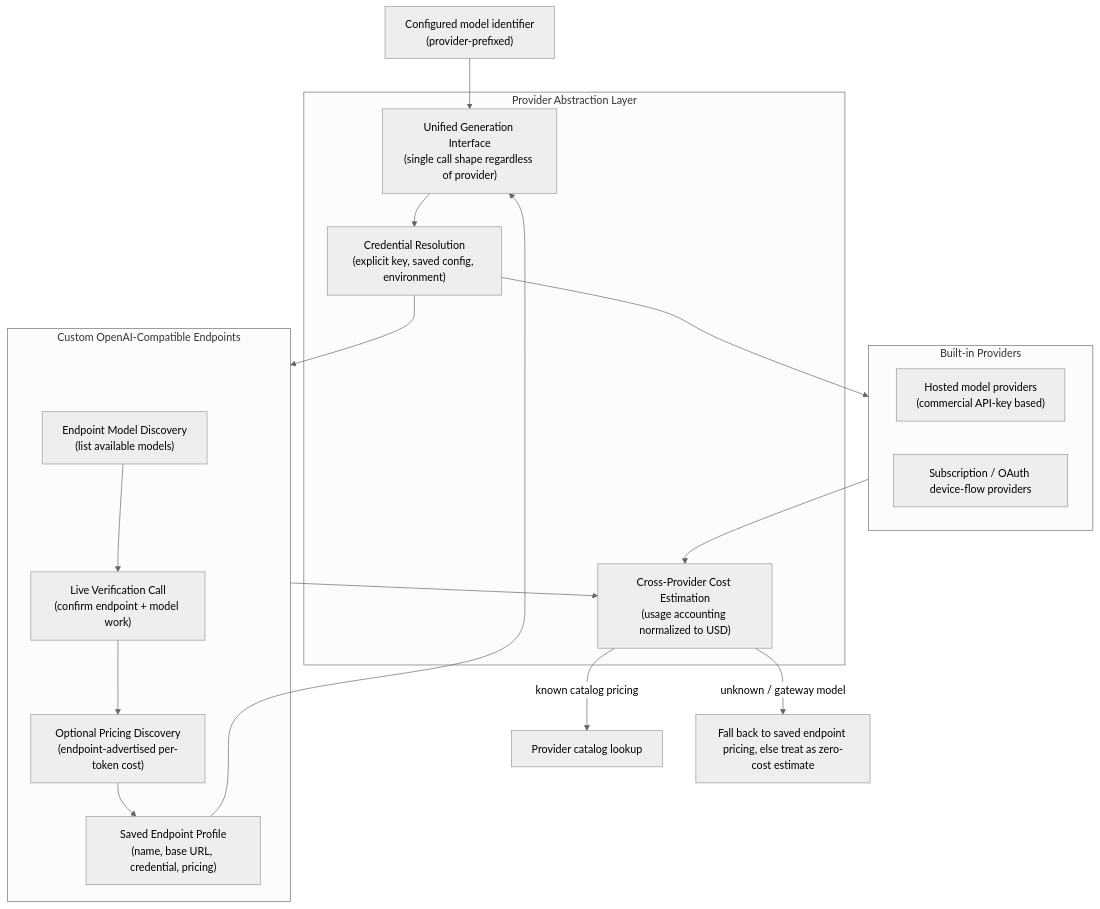
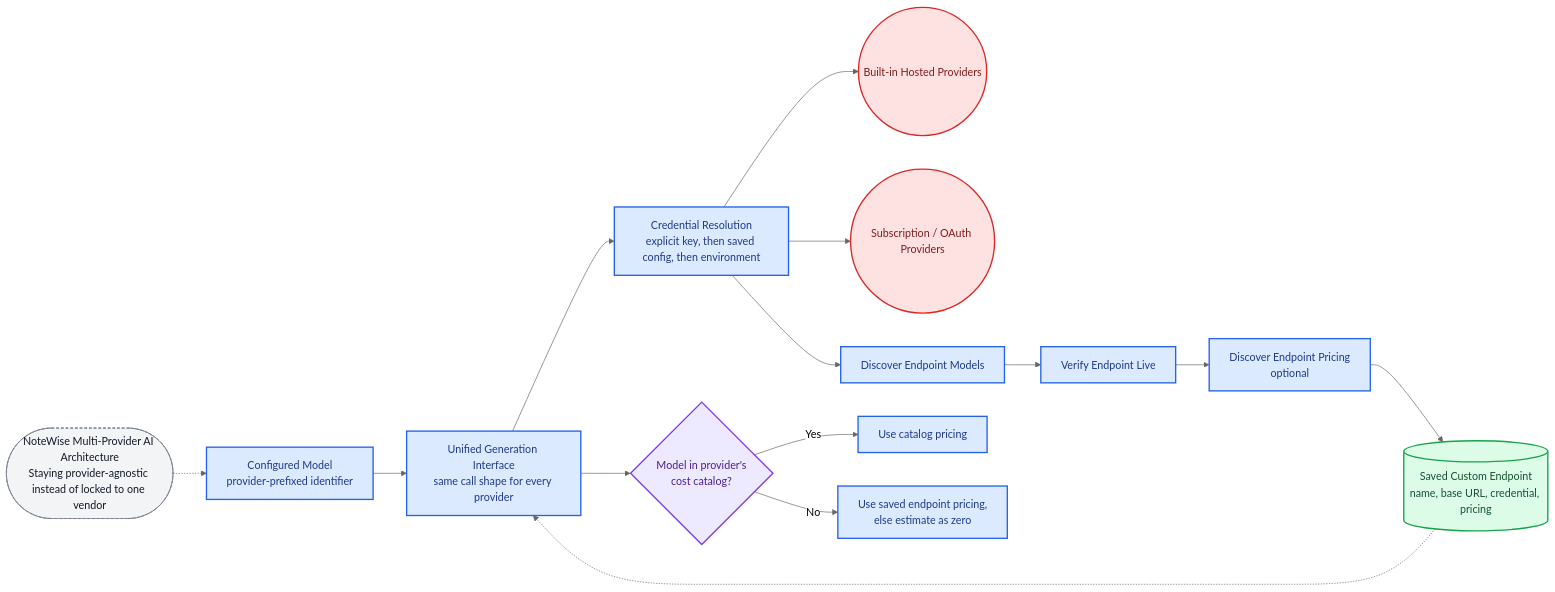
One commit to whoisjayd/notewise changed the diagram in architecture/diagrams/05-multiprovider-ai-architecture.mmd. Above: the diagram before and after it, drawn with Mermaid (neutral theme). The commit also changed 14 other files, not shown here.

Commit message:
docs: rework architecture diagrams for clarity, color, and interview presentation

```diff
--- a/architecture/diagrams/05-multiprovider-ai-architecture.mmd
+++ b/architecture/diagrams/05-multiprovider-ai-architecture.mmd
@@ -1,31 +1,50 @@
-flowchart TB
-    ModelSelection["Configured model identifier\n(provider-prefixed)"]
+flowchart LR
+    classDef actor fill:#FEF3C7,stroke:#D97706,color:#78350F,stroke-width:2px
+    classDef component fill:#DBEAFE,stroke:#2563EB,color:#1E3A8A,stroke-width:2px
+    classDef store fill:#DCFCE7,stroke:#16A34A,color:#14532D,stroke-width:2px
+    classDef external fill:#FEE2E2,stroke:#DC2626,color:#7F1D1D,stroke-width:2px
+    classDef decision fill:#EDE9FE,stroke:#7C3AED,color:#4C1D95,stroke-width:2px
+    classDef title fill:#F3F4F6,stroke:#6B7280,color:#111827,stroke-width:1px,stroke-dasharray: 4 3
 
-    subgraph AbstractionLayer["Provider Abstraction Layer"]
-        UnifiedInterface["Unified Generation Interface\n(single call shape regardless of provider)"]
-        CredentialResolution["Credential Resolution\n(explicit key, saved config, environment)"]
-        CostEstimation["Cross-Provider Cost Estimation\n(usage accounting normalized to USD)"]
-    end
+    TITLE(["NoteWise Multi-Provider AI Architecture<br/>Staying provider-agnostic instead of locked to one vendor"])
+    class TITLE title
 
-    subgraph BuiltInProviders["Built-in Providers"]
-        HostedProviders["Hosted model providers\n(commercial API-key based)"]
-        OAuthProviders["Subscription / OAuth device-flow providers"]
-    end
+    MODEL["Configured Model<br/>provider-prefixed identifier"]
+    class MODEL component
 
-    subgraph CustomProviders["Custom OpenAI-Compatible Endpoints"]
-        Discovery["Endpoint Model Discovery\n(list available models)"]
-        Verification["Live Verification Call\n(confirm endpoint + model work)"]
-        PricingDiscovery["Optional Pricing Discovery\n(endpoint-advertised per-token cost)"]
-        SavedProfile["Saved Endpoint Profile\n(name, base URL, credential, pricing)"]
-    end
+    GATEWAY["Unified Generation Interface<br/>same call shape for every provider"]
+    class GATEWAY component
 
-    ModelSelection --> UnifiedInterface
-    UnifiedInterface --> CredentialResolution
-    CredentialResolution --> BuiltInProviders
-    CredentialResolution --> CustomProviders
-    Discovery --> Verification --> PricingDiscovery --> SavedProfile
-    SavedProfile --> UnifiedInterface
-    BuiltInProviders --> CostEstimation
-    CustomProviders --> CostEstimation
-    CostEstimation -- "known catalog pricing" --> KnownPricing["Provider catalog lookup"]
-    CostEstimation -- "unknown / gateway model" --> SavedPricing["Fall back to saved endpoint pricing, else treat as zero-cost estimate"]
+    CREDS["Credential Resolution<br/>explicit key, then saved config, then environment"]
+    class CREDS component
+
+    HOSTED(("Built-in Hosted Providers"))
+    OAUTH(("Subscription / OAuth Providers"))
+    class HOSTED,OAUTH external
+
+    DISCOVERY["Discover Endpoint Models"]
+    VERIFY["Verify Endpoint Live"]
+    PRICING["Discover Endpoint Pricing<br/>optional"]
+    class DISCOVERY,VERIFY,PRICING component
+
+    PROFILE[("Saved Custom Endpoint<br/>name, base URL, credential, pricing")]
+    class PROFILE store
+
+    COSTCHECK{"Model in provider's<br/>cost catalog?"}
+    class COSTCHECK decision
+
+    CATALOGPRICE["Use catalog pricing"]
+    FALLBACKPRICE["Use saved endpoint pricing,<br/>else estimate as zero"]
+    class CATALOGPRICE,FALLBACKPRICE component
+
+    TITLE -.-> MODEL
+    MODEL --> GATEWAY --> CREDS
+
+    CREDS --> HOSTED
+    CREDS --> OAUTH
+    CREDS --> DISCOVERY --> VERIFY --> PRICING --> PROFILE
+    PROFILE -.-> GATEWAY
+
+    GATEWAY --> COSTCHECK
+    COSTCHECK -- "Yes" --> CATALOGPRICE
+    COSTCHECK -- "No" --> FALLBACKPRICE
```
